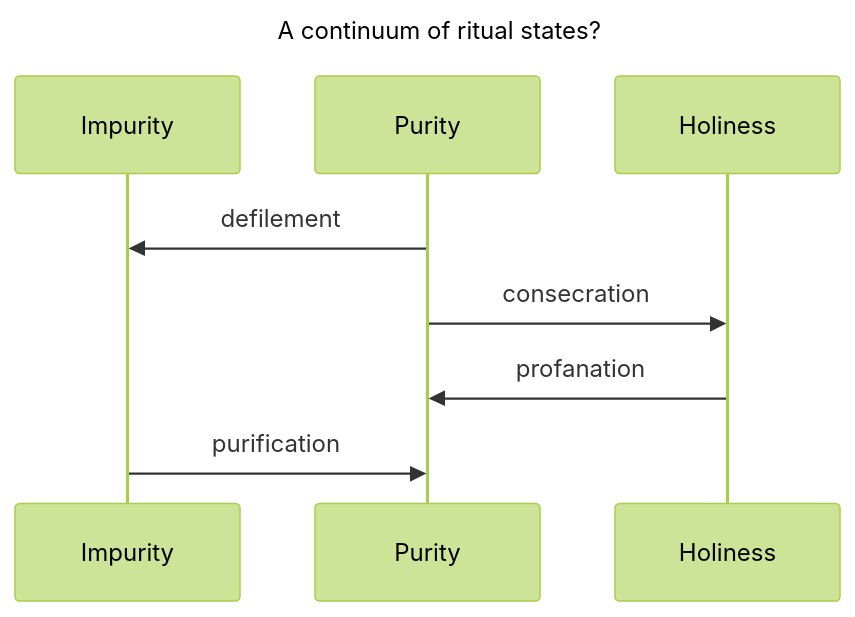
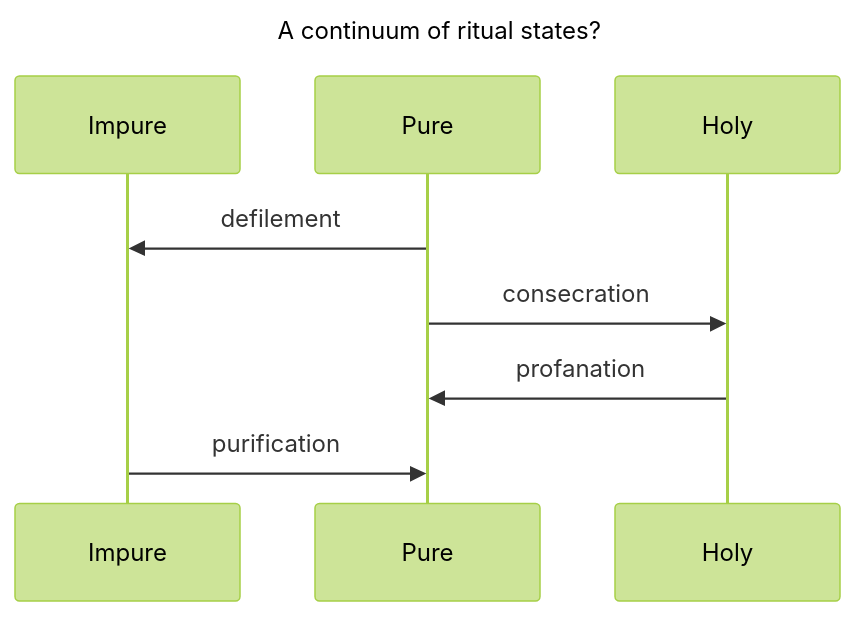
One commit to andrewhwaller/jesus-law-session-3 changed the second of 2 diagrams in slides.md. Above: the diagram before and after it, drawn with Mermaid (forest theme). The commit also changed other lines of this file, not shown here.

````diff
--- a/slides.md
+++ b/slides.md
@@ -89,11 +110,11 @@
 ```mermaid
 sequenceDiagram
     title A continuum of ritual states?
-    participant Impurity
-    participant Purity
-    participant Holiness
-    Purity->>Impurity: defilement
-    Purity->>Holiness: consecration
-    Holiness->>Purity: profanation
-    Impurity->>Purity: purification
+    participant Impure
+    participant Pure
+    participant Holy
+    Pure->>Impure: defilement
+    Pure->>Holy: consecration
+    Holy->>Pure: profanation
+    Impure->>Pure: purification
 ```
````
